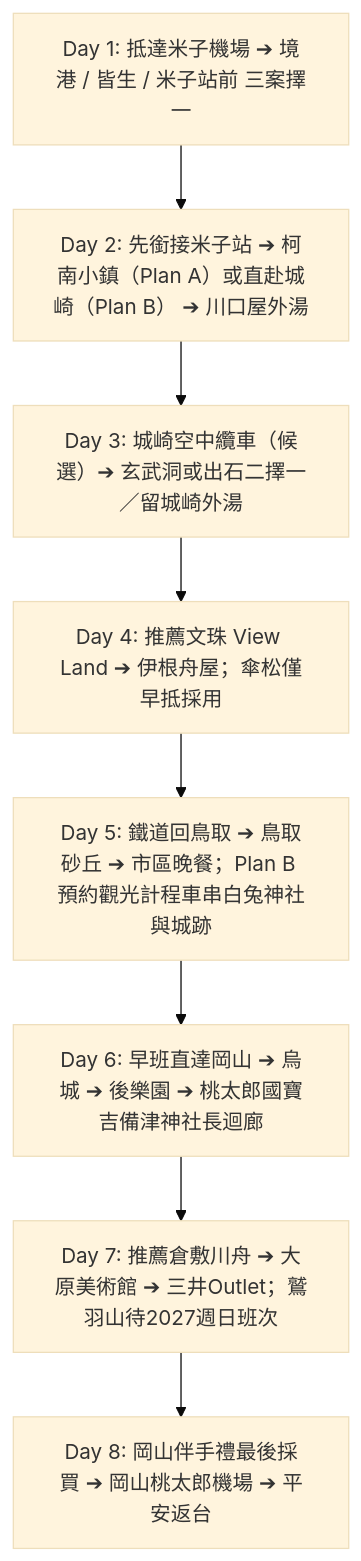
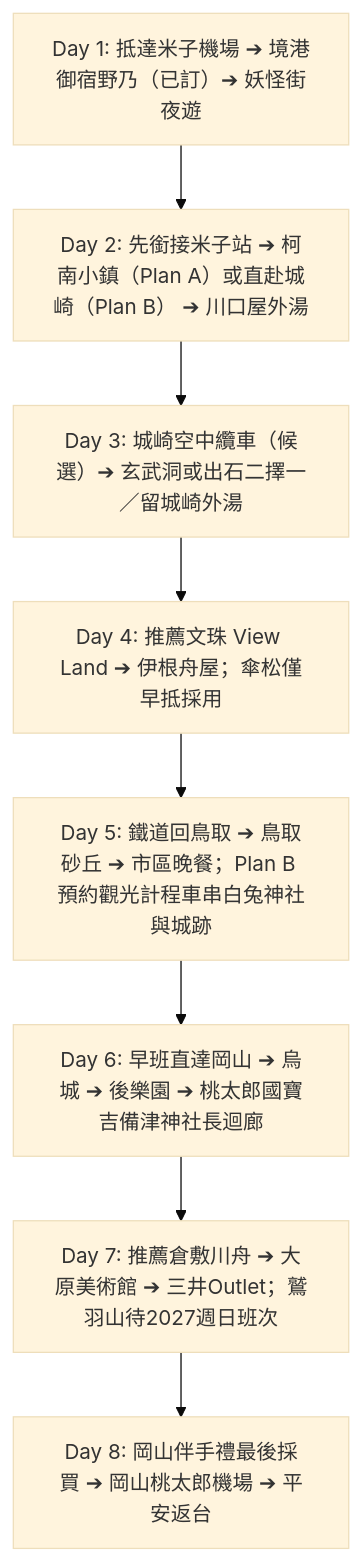
One commit to iamkeith001/sanin-trip-2027 changed the diagram in README.md. Above: the diagram before and after it, drawn with Mermaid (base theme). The commit also changed other lines of this file and 4 other files, not shown here.

````diff
--- a/README.md
+++ b/README.md
@@ -36,10 +36,10 @@
 ```mermaid
 graph TD
-    Day1[Day 1: 抵達米子機場 ➔ 境港 / 皆生 / 米子站前 三案擇一] --> Day2[Day 2: 先銜接米子站 ➔ 柯南小鎮（Plan A）或直赴城崎（Plan B） ➔ 川口屋外湯]
+    Day1[Day 1: 抵達米子機場 ➔ 境港御宿野乃（已訂）➔ 妖怪街夜遊] --> Day2[Day 2: 先銜接米子站 ➔ 柯南小鎮（Plan A）或直赴城崎（Plan B） ➔ 川口屋外湯]
     Day2 --> Day3[Day 3: 城崎空中纜車（候選）➔ 玄武洞或出石二擇一／留城崎外湯]
     Day3 --> Day4[Day 4: 推薦文珠 View Land ➔ 伊根舟屋；傘松僅早抵採用]
     Day4 --> Day5[Day 5: 鐵道回鳥取 ➔ 鳥取砂丘 ➔ 市區晚餐；Plan B 預約觀光計程車串白兔神社與城跡]
     Day5 --> Day6[Day 6: 早班直達岡山 ➔ 烏城 ➔ 後樂園 ➔ 桃太郎國寶吉備津神社長迴廊]
     Day6 --> Day7[Day 7: 推薦倉敷川舟 ➔ 大原美術館 ➔ 三井Outlet；鷲羽山待2027週日班次]
     Day7 --> Day8[Day 8: 岡山伴手禮最後採買 ➔ 岡山桃太郎機場 ➔ 平安返台]
 ```
````
